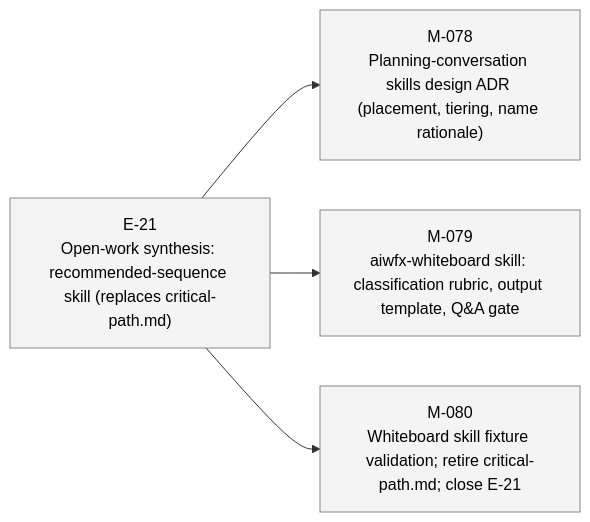
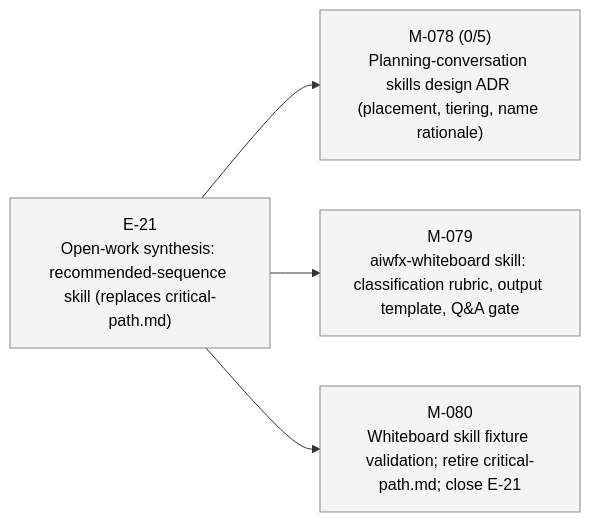
One commit to 23min/aiwf changed the third of 4 diagrams in STATUS.md. Above: the diagram before and after it, drawn with Mermaid. The commit also changed other lines of this file and 1 other file, not shown here.

````diff
--- a/STATUS.md
+++ b/STATUS.md
@@ -70,16 +70,16 @@
 ```mermaid
 flowchart LR
   E_21["E-21<br/>Open-work synthesis: recommended-sequence skill (replaces critical-path.md)"]:::epic_proposed
-  M_078["M-078<br/>Planning-conversation skills design ADR (placement, tiering, name rationale)"]:::ms_draft
+  M_078["M-078 (0/5)<br/>Planning-conversation skills design ADR (placement, tiering, name rationale)"]:::ms_draft
   E_21 --> M_078
   M_079["M-079<br/>aiwfx-whiteboard skill: classification rubric, output template, Q&A gate"]:::ms_draft
   E_21 --> M_079
   M_080["M-080<br/>Whiteboard skill fixture validation; retire critical-path.md; close E-21"]:::ms_draft
   E_21 --> M_080
   classDef epic_active fill:#d6eaff,stroke:#1a73e8,color:#000
   classDef epic_proposed fill:#f4f4f4,stroke:#888,color:#000
   classDef ms_done fill:#d8f5d8,stroke:#2a8a2a,color:#000
   classDef ms_in_progress fill:#fff3c4,stroke:#caa400,color:#000
   classDef ms_draft fill:#f4f4f4,stroke:#888,color:#000
   classDef ms_cancelled fill:#fbeaea,stroke:#c33,color:#000
 ```
````
